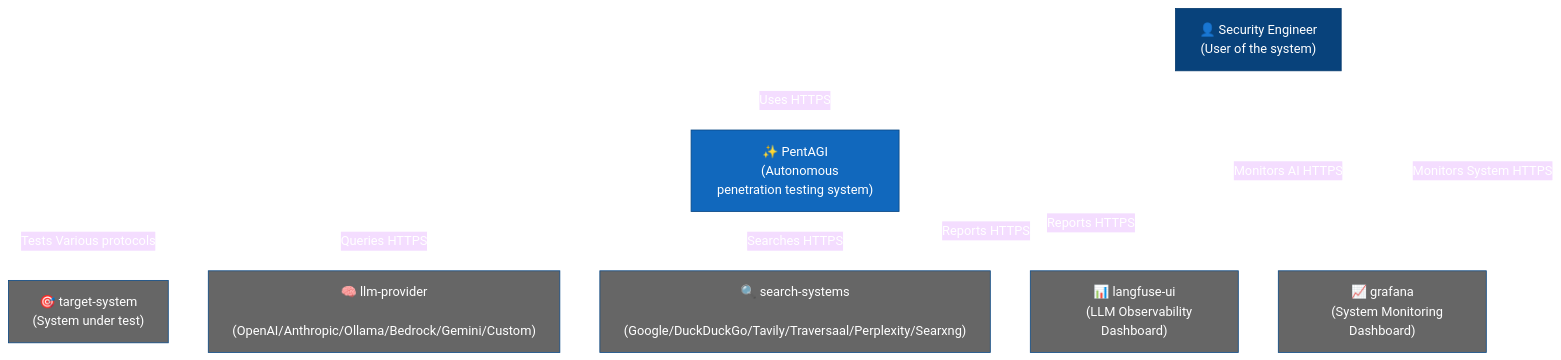
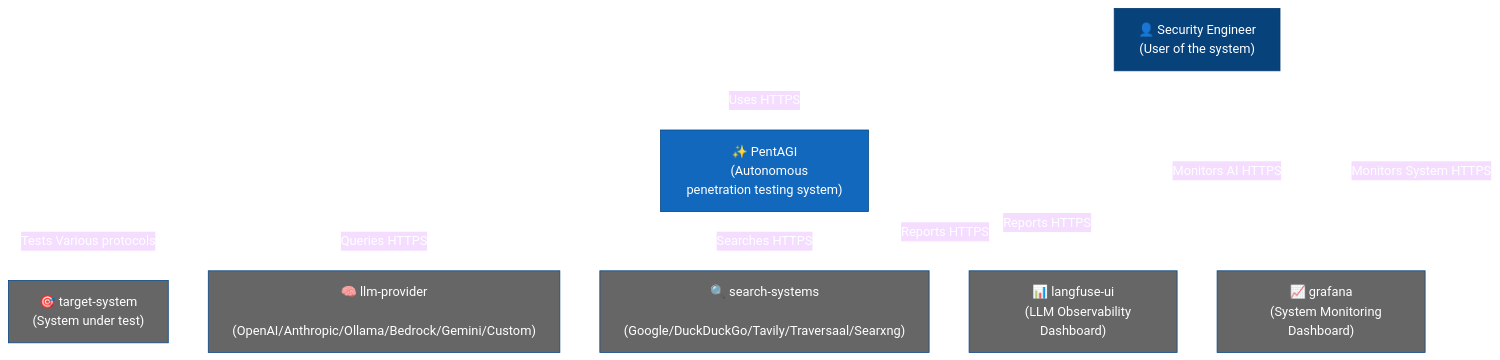
One commit to mnmballa2323/Alti.Code.Frontend changed the first of 6 diagrams in submodules/pentagi/README.md. Above: the diagram before and after it, drawn with Mermaid (base theme). The commit also changed other lines of this file and 35 other files, not shown here.

````diff
--- a/submodules/pentagi/README.md
+++ b/submodules/pentagi/README.md
@@ -63,38 +63,38 @@
 ```mermaid
 flowchart TB
     classDef person fill:#08427B,stroke:#073B6F,color:#fff
     classDef system fill:#1168BD,stroke:#0B4884,color:#fff
     classDef external fill:#666666,stroke:#0B4884,color:#fff
 
     pentester["👤 Security Engineer
     (User of the system)"]
 
     pentagi["✨ PentAGI
     (Autonomous penetration testing system)"]
 
     target["🎯 target-system
     (System under test)"]
     llm["🧠 llm-provider
     (OpenAI/Anthropic/Ollama/Bedrock/Gemini/Custom)"]
     search["🔍 search-systems
-    (Google/DuckDuckGo/Tavily/Traversaal/Perplexity/Searxng)"]
+    (Google/DuckDuckGo/Tavily/Traversaal/Searxng)"]
     langfuse["📊 langfuse-ui
     (LLM Observability Dashboard)"]
     grafana["📈 grafana
     (System Monitoring Dashboard)"]
 
     pentester --> |Uses HTTPS| pentagi
     pentester --> |Monitors AI HTTPS| langfuse
     pentester --> |Monitors System HTTPS| grafana
     pentagi --> |Tests Various protocols| target
     pentagi --> |Queries HTTPS| llm
     pentagi --> |Searches HTTPS| search
     pentagi --> |Reports HTTPS| langfuse
     pentagi --> |Reports HTTPS| grafana
 
     class pentester person
     class pentagi system
     class target,llm,search,langfuse,grafana external
 
     linkStyle default stroke:#ffffff,color:#ffffff
 ```
````
